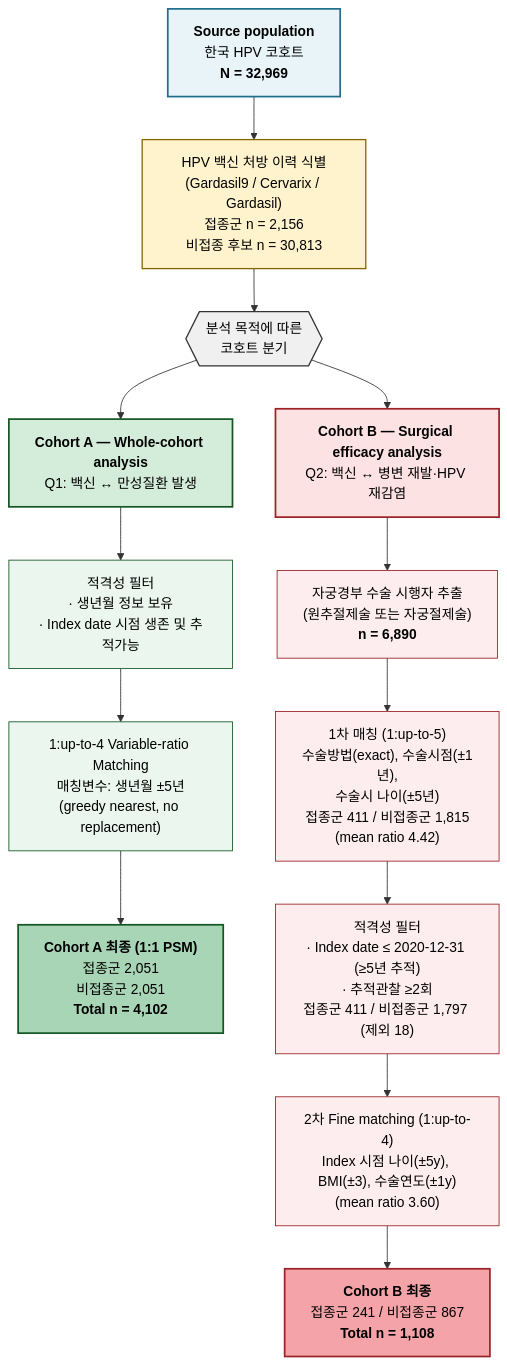
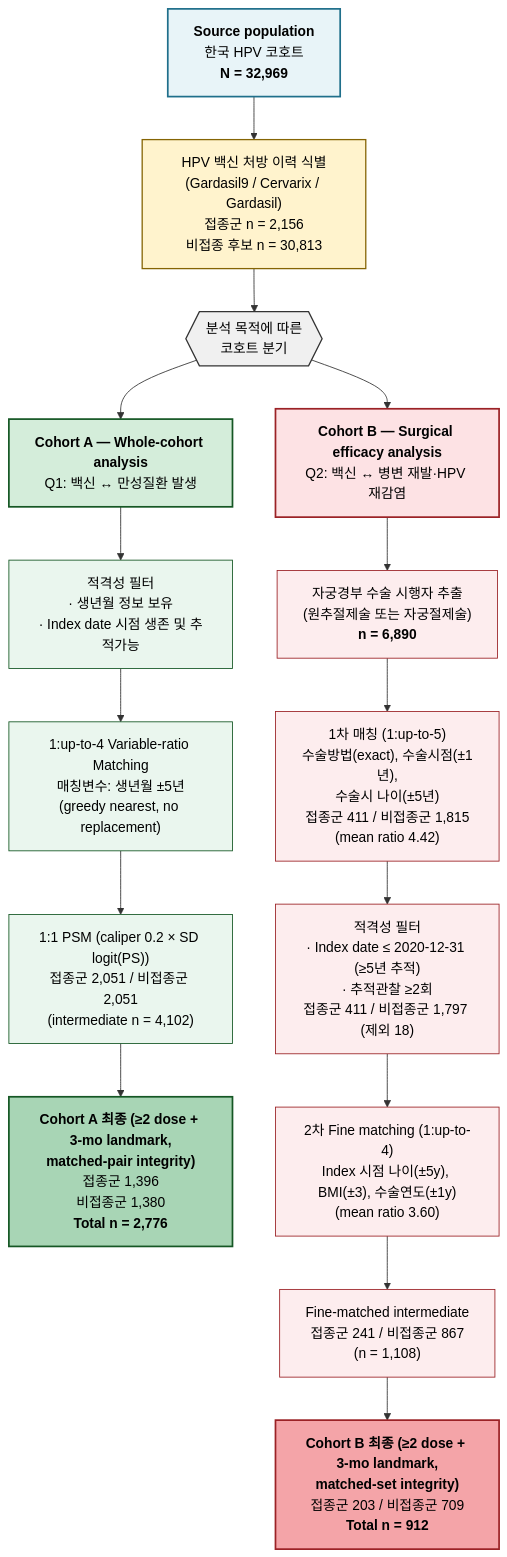
Before and after one commit to sueinchoi/HPV_vaccines: the diagram in docs/Methods_CohortSelection.md, drawn with Mermaid. The commit also changed other lines of this file and 18 other files, not shown here.

````diff
--- a/docs/Methods_CohortSelection.md
+++ b/docs/Methods_CohortSelection.md
@@ -66,32 +66,34 @@
 ```mermaid
 flowchart TD
     SRC["<b>Source population</b><br/>한국 HPV 코호트<br/><b>N = 32,969</b>"]:::src
 
     SRC --> EXP["HPV 백신 처방 이력 식별<br/>(Gardasil9 / Cervarix / Gardasil)<br/>접종군 n = 2,156<br/>비접종 후보 n = 30,813"]:::exp
 
     EXP --> SPLIT{{"분석 목적에 따른<br/>코호트 분기"}}:::split
 
     %% Cohort A: Whole-cohort
     SPLIT --> A1["<b>Cohort A — Whole-cohort analysis</b><br/>Q1: 백신 ↔ 만성질환 발생"]:::ah
     A1 --> A2["적격성 필터<br/>· 생년월 정보 보유<br/>· Index date 시점 생존 및 추적가능"]:::ab
     A2 --> A3["1:up-to-4 Variable-ratio Matching<br/>매칭변수: 생년월 ±5년<br/>(greedy nearest, no replacement)"]:::ab
-    A3 --> A4["<b>Cohort A 최종 (1:1 PSM)</b><br/>접종군 2,051<br/>비접종군 2,051<br/><b>Total n = 4,102</b>"]:::af
+    A3 --> A3b["1:1 PSM (caliper 0.2 × SD logit(PS))<br/>접종군 2,051 / 비접종군 2,051<br/>(intermediate n = 4,102)"]:::ab
+    A3b --> A4["<b>Cohort A 최종 (≥2 dose + 3-mo landmark,</b><br/><b>matched-pair integrity)</b><br/>접종군 1,396<br/>비접종군 1,380<br/><b>Total n = 2,776</b>"]:::af
 
     %% Cohort B: Surgical
     SPLIT --> B1["<b>Cohort B — Surgical efficacy analysis</b><br/>Q2: 백신 ↔ 병변 재발·HPV 재감염"]:::bh
     B1 --> B2["자궁경부 수술 시행자 추출<br/>(원추절제술 또는 자궁절제술)<br/><b>n = 6,890</b>"]:::bb
     B2 --> B3["1차 매칭 (1:up-to-5)<br/>수술방법(exact), 수술시점(±1년),<br/>수술시 나이(±5년)<br/>접종군 411 / 비접종군 1,815<br/>(mean ratio 4.42)"]:::bb
     B3 --> B4["적격성 필터<br/>· Index date ≤ 2020-12-31 (≥5년 추적)<br/>· 추적관찰 ≥2회<br/>접종군 411 / 비접종군 1,797 (제외 18)"]:::bb
     B4 --> B5["2차 Fine matching (1:up-to-4)<br/>Index 시점 나이(±5y), BMI(±3), 수술연도(±1y)<br/>(mean ratio 3.60)"]:::bb
-    B5 --> B6["<b>Cohort B 최종</b><br/>접종군 241 / 비접종군 867<br/><b>Total n = 1,108</b>"]:::bf
+    B5 --> B5b["Fine-matched intermediate<br/>접종군 241 / 비접종군 867<br/>(n = 1,108)"]:::bb
+    B5b --> B6["<b>Cohort B 최종 (≥2 dose + 3-mo landmark,</b><br/><b>matched-set integrity)</b><br/>접종군 203 / 비접종군 709<br/><b>Total n = 912</b>"]:::bf
 
     classDef src fill:#e8f4f8,stroke:#1f6f8b,stroke-width:2px,color:#000
     classDef exp fill:#fff3cd,stroke:#856404,stroke-width:1.5px,color:#000
     classDef split fill:#f0f0f0,stroke:#333,stroke-width:1.5px,color:#000
     classDef ah fill:#d4edda,stroke:#155724,stroke-width:2px,color:#000
     classDef ab fill:#eaf6ee,stroke:#155724,stroke-width:1px,color:#000
     classDef af fill:#a8d5b5,stroke:#155724,stroke-width:2px,color:#000
     classDef bh fill:#fde2e4,stroke:#9b2226,stroke-width:2px,color:#000
     classDef bb fill:#fdedee,stroke:#9b2226,stroke-width:1px,color:#000
     classDef bf fill:#f4a4a8,stroke:#9b2226,stroke-width:2px,color:#000
 ```
````
